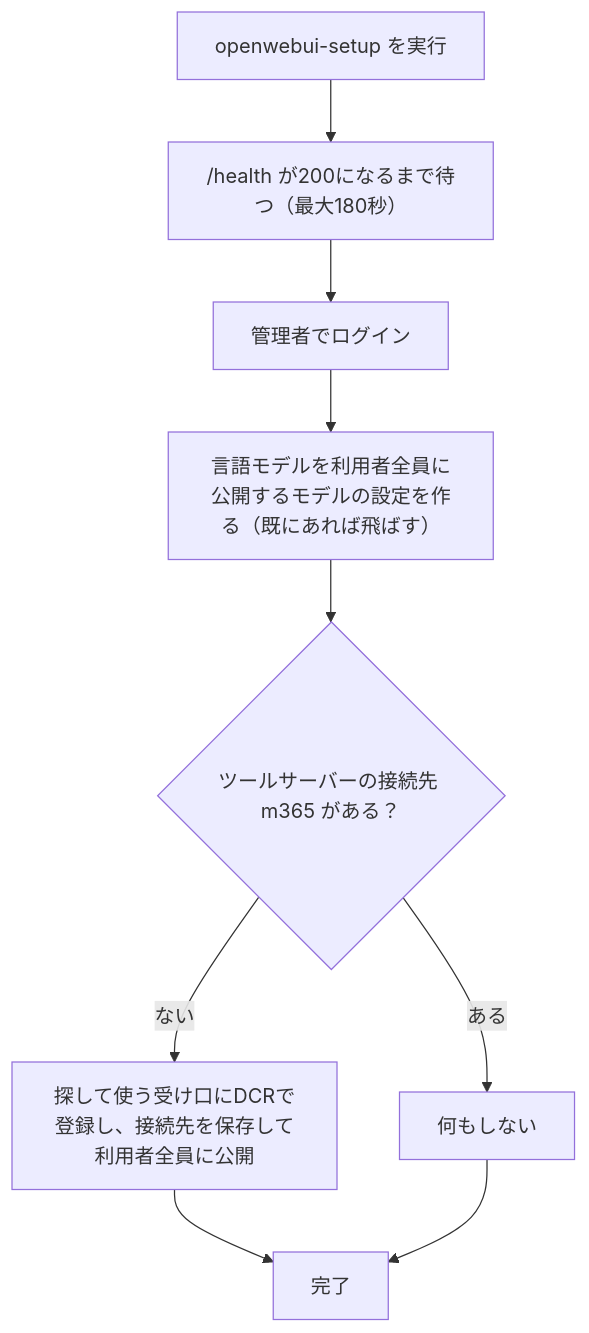
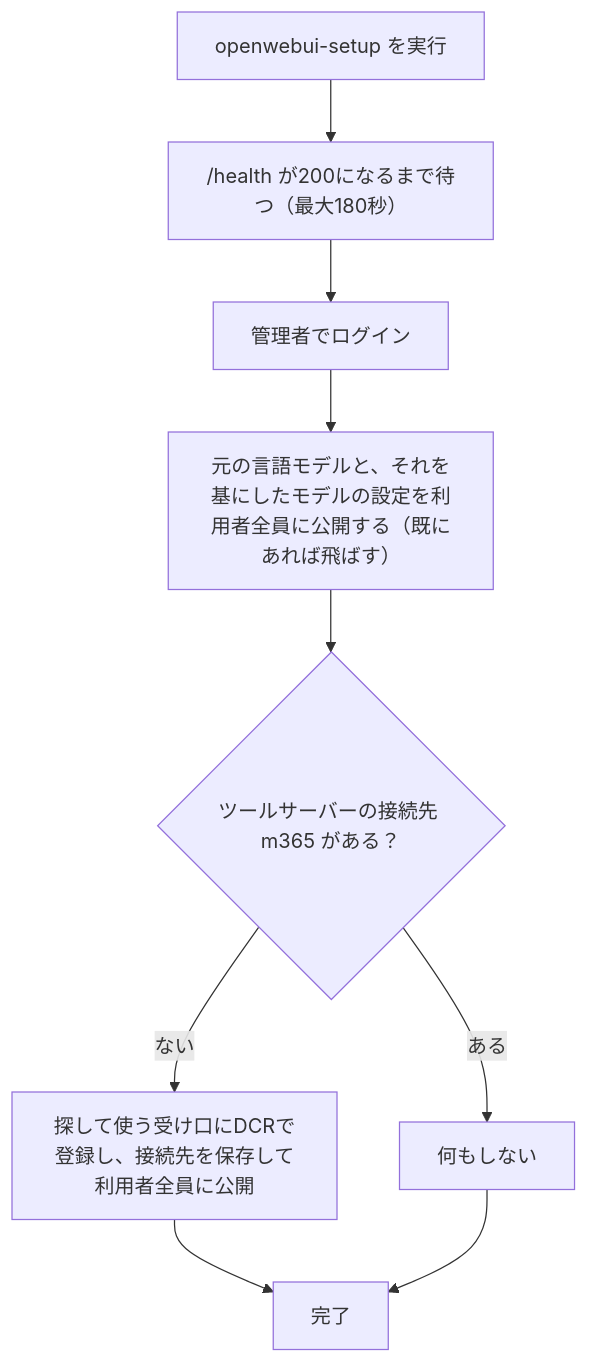
One commit to notfolder/graph-mcp-gateway changed the fifth of 8 diagrams in docs/detail_design.md. Above: the diagram before and after it, drawn with Mermaid. The commit also changed other lines of this file and 87 other files, not shown here.

````diff
--- a/docs/detail_design.md
+++ b/docs/detail_design.md
@@ -375,11 +375,11 @@
 ```mermaid
 flowchart TD
   A["openwebui-setup を実行"] --> B["/health が200になるまで待つ（最大180秒）"]
   B --> C["管理者でログイン"]
-  C --> D["言語モデルを利用者全員に公開するモデルの設定を作る（既にあれば飛ばす）"]
+  C --> D["元の言語モデルと、それを基にしたモデルの設定を利用者全員に公開する（既にあれば飛ばす）"]
   D --> E{"ツールサーバーの接続先 m365 がある？"}
   E -->|"ある"| G["何もしない"]
   E -->|"ない"| F["探して使う受け口にDCRで登録し、接続先を保存して利用者全員に公開"]
   F --> H["完了"]
   G --> H
 ```
````
